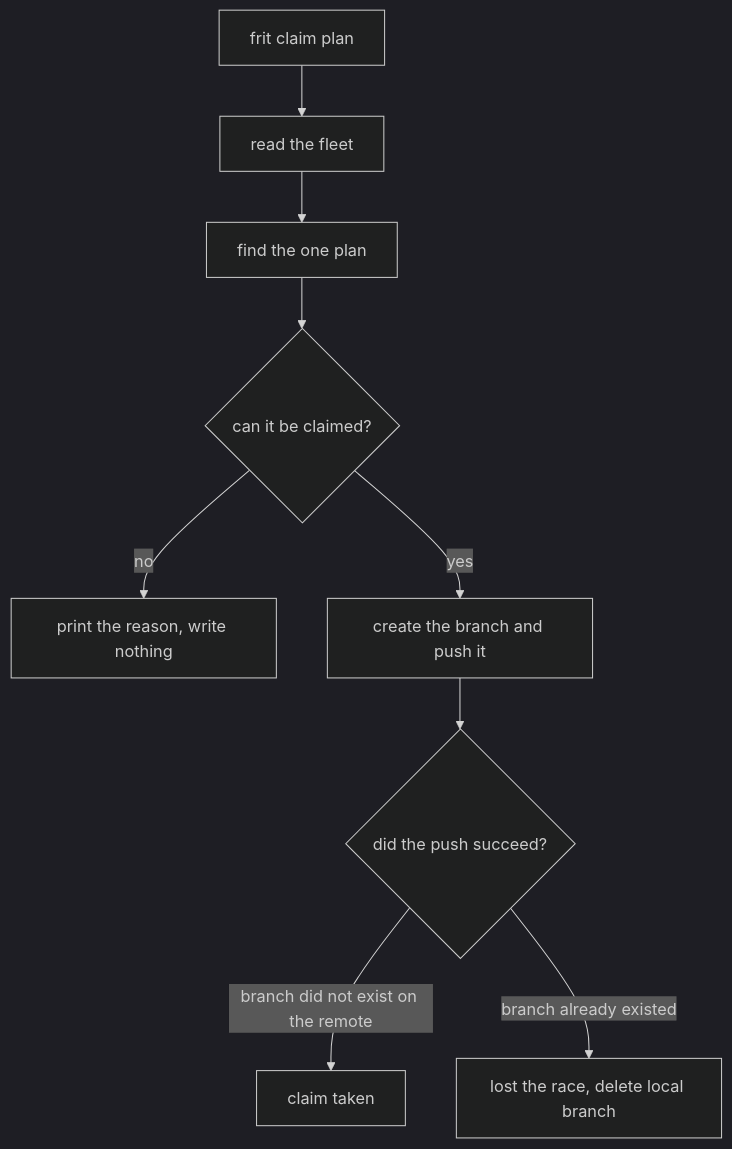
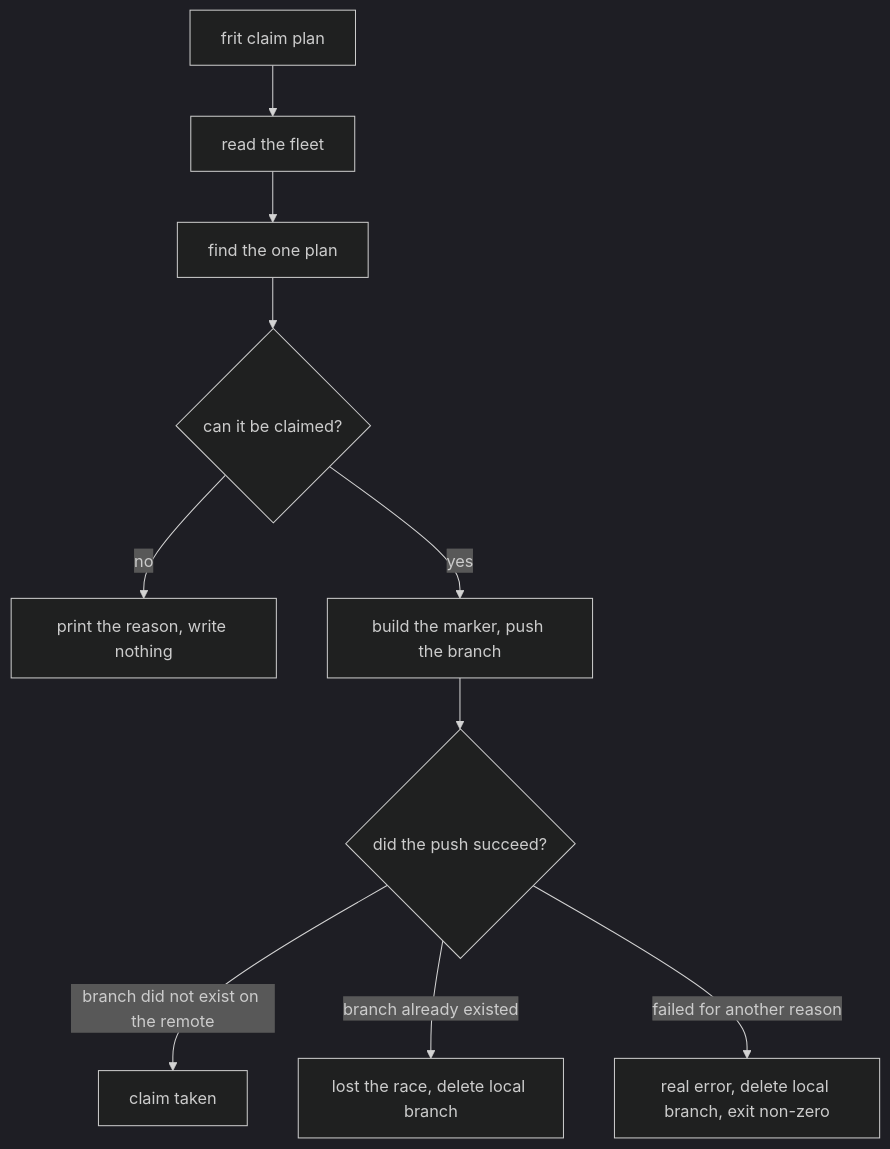
Before and after one commit to jeduden/frit: the first of 2 diagrams in docs/claiming.md, drawn with Mermaid (dark theme). The commit also changed other lines of this file, not shown here.

````diff
--- a/docs/claiming.md
+++ b/docs/claiming.md
@@ -69,11 +95,12 @@
 ```mermaid
 flowchart TD
     A[frit claim plan] --> B[read the fleet]
     B --> C[find the one plan]
     C --> D{can it be claimed?}
     D -->|no| E[print the reason, write nothing]
-    D -->|yes| F[create the branch and push it]
+    D -->|yes| F[build the marker, push the branch]
     F --> G{did the push succeed?}
     G -->|branch did not exist on the remote| H[claim taken]
     G -->|branch already existed| I[lost the race, delete local branch]
+    G -->|failed for another reason| J[real error, delete local branch, exit non-zero]
 ```
````
